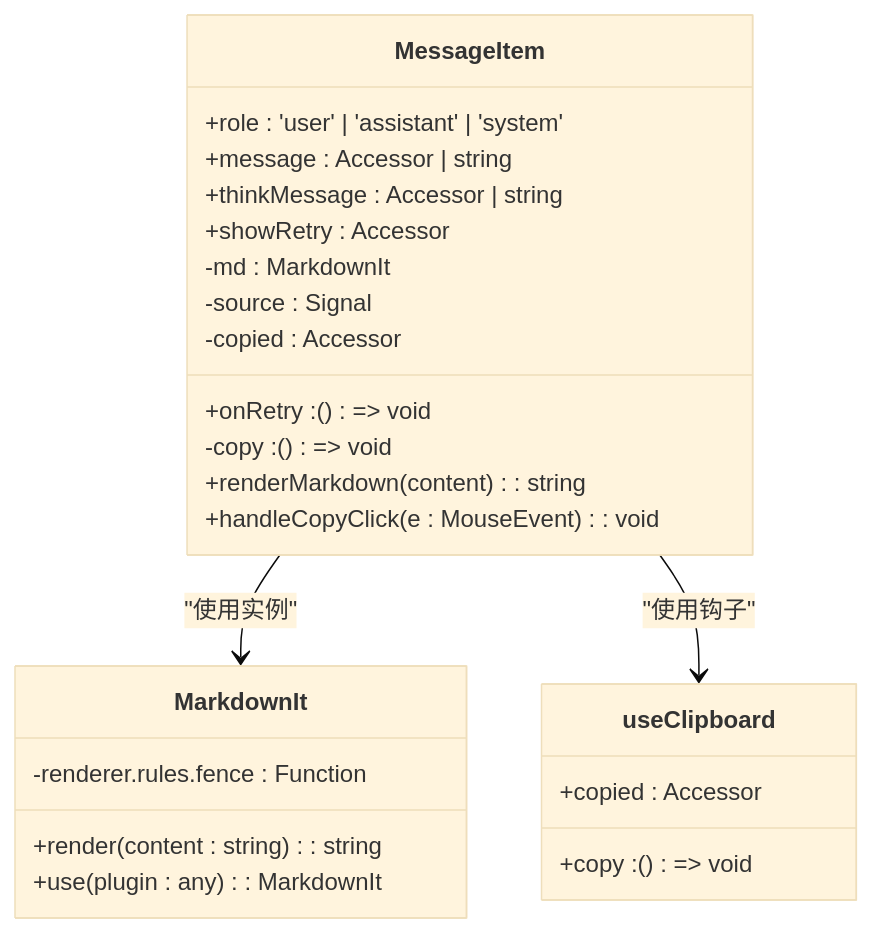
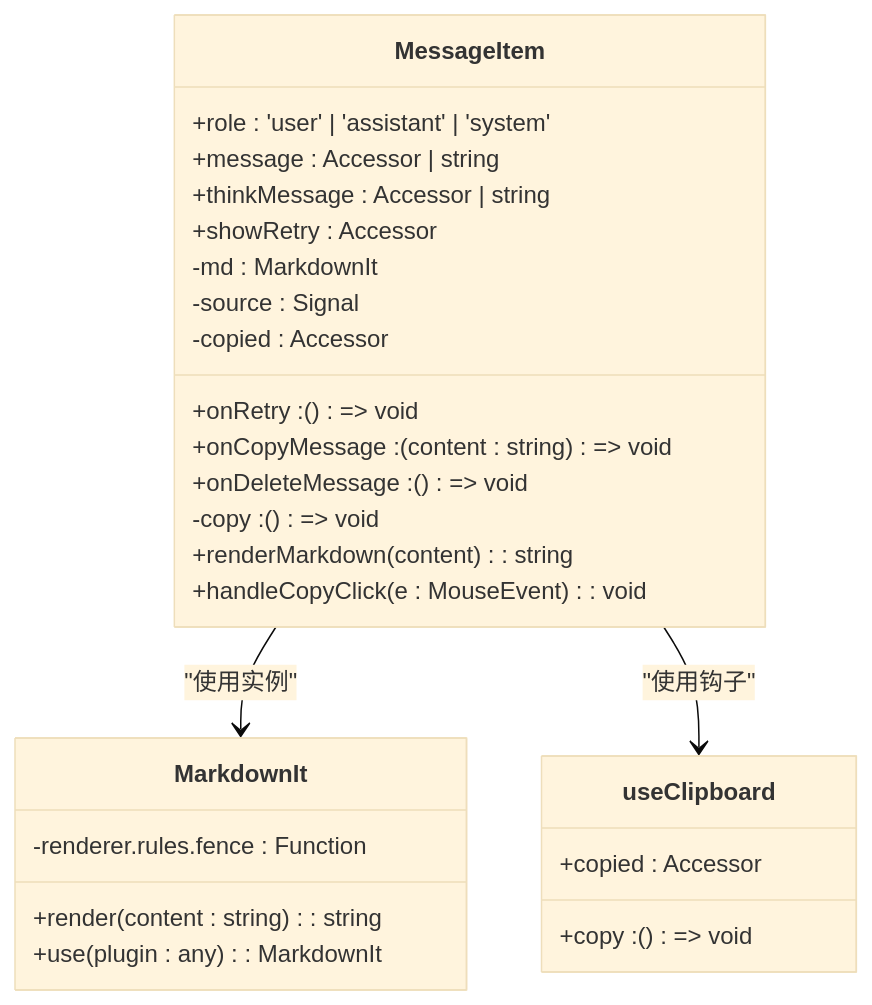
Before and after one commit to zfyime/chat-mini: the fourth of 7 diagrams in .qoder/repowiki/zh/content/核心功能详解/聊天交互功能.md, drawn with Mermaid (base theme). The commit also changed other lines of this file and 10 other files, not shown here.

````diff
--- a/.qoder/repowiki/zh/content/核心功能详解/聊天交互功能.md
+++ b/.qoder/repowiki/zh/content/核心功能详解/聊天交互功能.md
@@ -177,27 +176,29 @@
 ```mermaid
 classDiagram
 class MessageItem {
 +role : 'user' | 'assistant' | 'system'
 +message : Accessor<string> | string
 +thinkMessage : Accessor<string> | string
 +showRetry : Accessor<boolean>
 +onRetry : () => void
++onCopyMessage : (content : string) => void
++onDeleteMessage : () => void
 -md : MarkdownIt
 -source : Signal<string>
 -copy : () => void
 -copied : Accessor<boolean>
 +renderMarkdown(content) : string
 +handleCopyClick(e : MouseEvent) : void
 }
 class MarkdownIt {
 +render(content : string) : string
 +use(plugin : any) : MarkdownIt
 -renderer.rules.fence : Function
 }
 class useClipboard {
 +copy : () => void
 +copied : Accessor<boolean>
 }
 MessageItem --> MarkdownIt : "使用实例"
 MessageItem --> useClipboard : "使用钩子"
 ```
````
